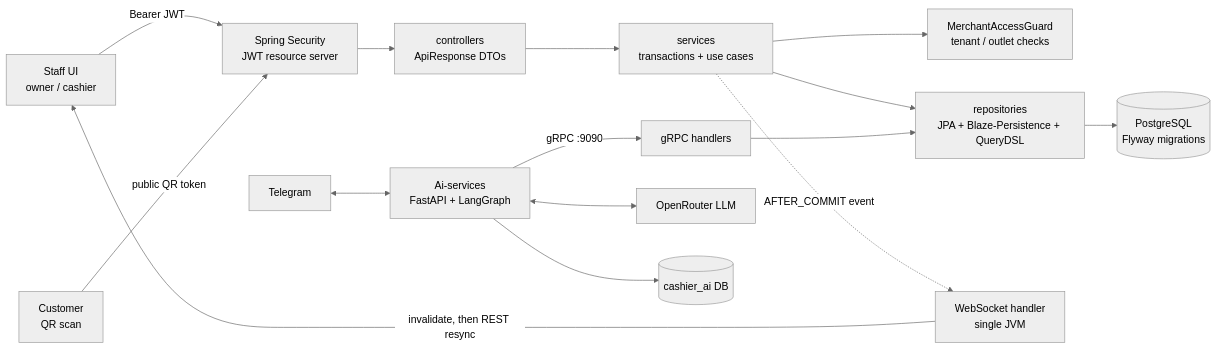
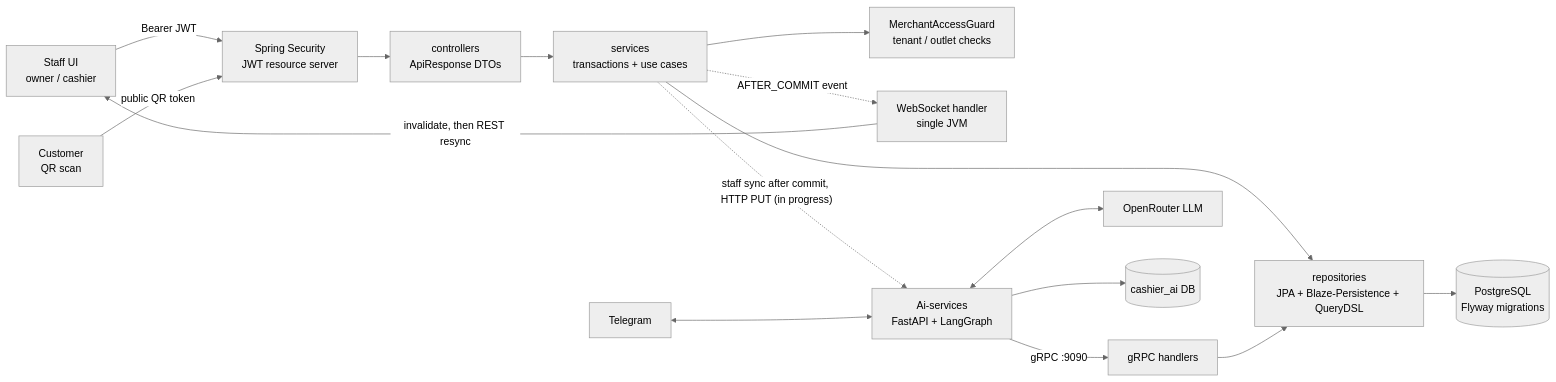
One commit to finnn789/cashier-saas changed the first of 2 diagrams in README.md. Above: the diagram before and after it, drawn with Mermaid (neutral theme). The commit also changed other lines of this file and 114 other files, not shown here.

First line of the commit message:
feat: staff member sync to Ai-services and gRPC test contracts

````diff
--- a/README.md
+++ b/README.md
@@ -33,17 +33,18 @@
 ```mermaid
 flowchart LR
     Staff["Staff UI<br/>owner / cashier"] -->|Bearer JWT| Sec
     Guest["Customer<br/>QR scan"] -->|public QR token| Sec
     Sec["Spring Security<br/>JWT resource server"] --> Ctl["controllers<br/>ApiResponse DTOs"]
     Ctl --> Svc["services<br/>transactions + use cases"]
     Svc --> Guard["MerchantAccessGuard<br/>tenant / outlet checks"]
     Svc --> Repo["repositories<br/>JPA + Blaze-Persistence + QueryDSL"]
     Repo --> DB[("PostgreSQL<br/>Flyway migrations")]
     Svc -. "AFTER_COMMIT event" .-> WS["WebSocket handler<br/>single JVM"]
     WS -->|"invalidate, then REST resync"| Staff
     AI["Ai-services<br/>FastAPI + LangGraph"] -->|"gRPC :9090"| GRPC["gRPC handlers"]
     GRPC --> Repo
+    Svc -. "staff sync after commit, HTTP PUT (in progress)" .-> AI
     Tg[Telegram] <--> AI
     AI <--> OR["OpenRouter LLM"]
     AI --> AIDB[("cashier_ai DB")]
 ```
````
